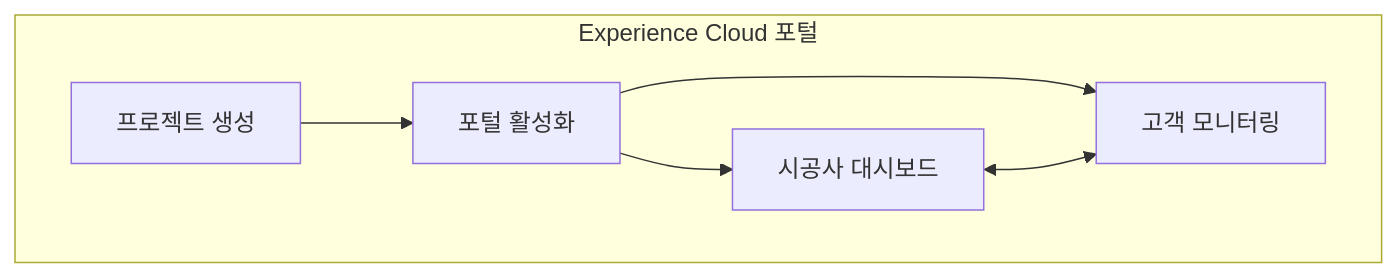
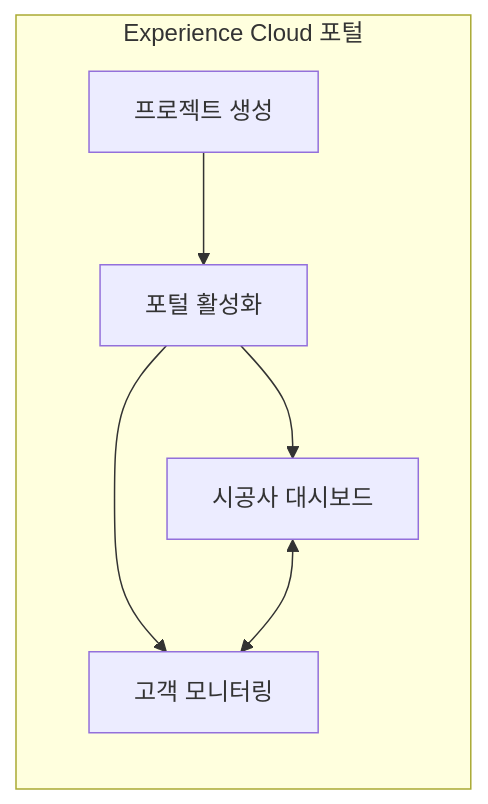
Before and after one commit to WJY-ador/Salesforce_Yashija_Project: the third of 4 diagrams in README.md, drawn with Mermaid. The commit also changed other lines of this file, not shown here.

````diff
--- a/README.md
+++ b/README.md
@@ -113,9 +113,9 @@
 ```mermaid
-flowchart TB
-    subgraph "Experience Cloud 포털"
-        A[프로젝트 생성] --> B[포털 활성화]
-        B --> C[시공사 대시보드]
-        B --> D[고객 모니터링]
-        C <--> D
-    end
+flowchart LR
+    subgraph "Experience Cloud 포털"
+        A[프로젝트 생성] --> B[포털 활성화]
+        B --> C[시공사 대시보드]
+        B --> D[고객 모니터링]
+        C <--> D
+    end
 ```
````
